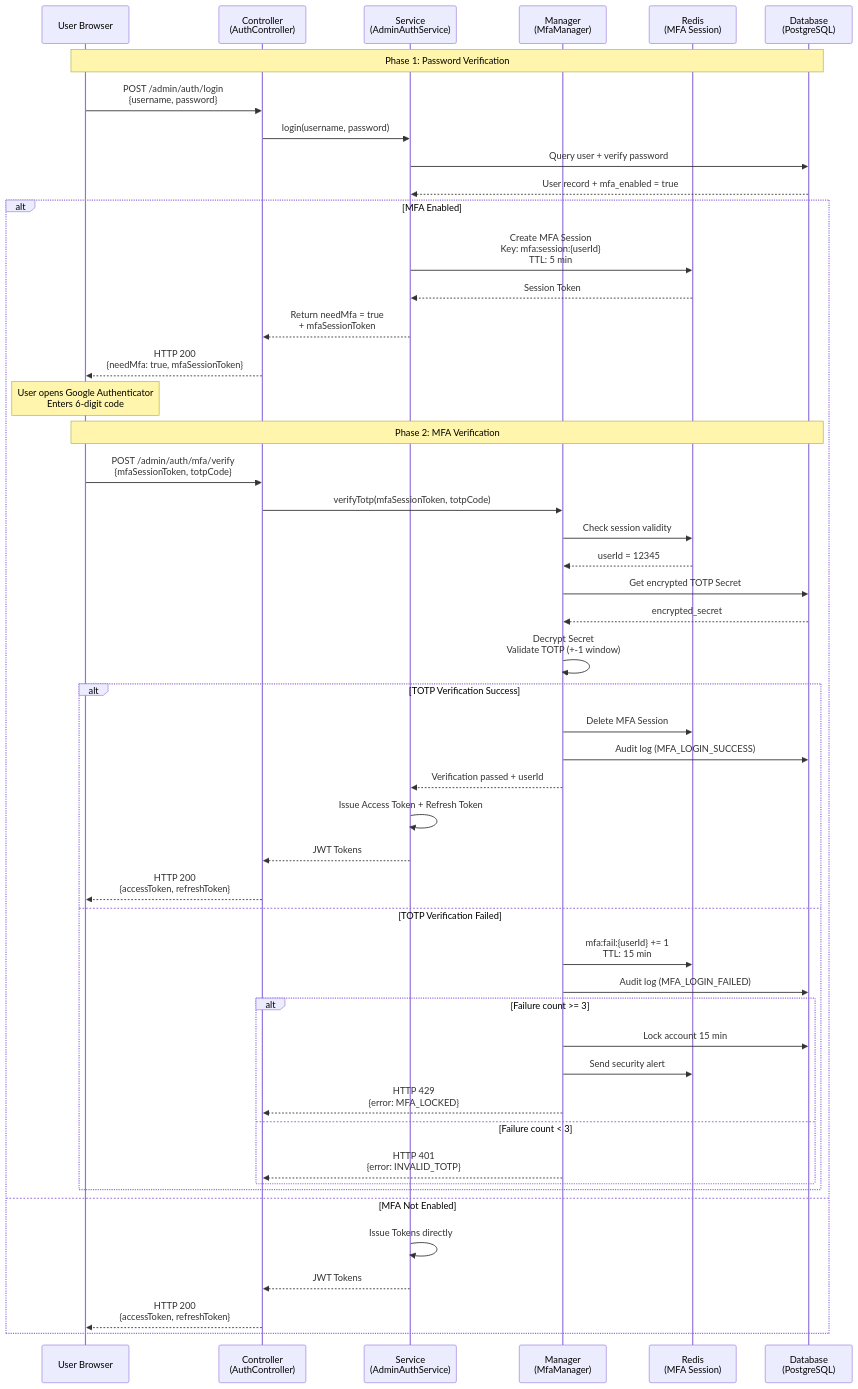
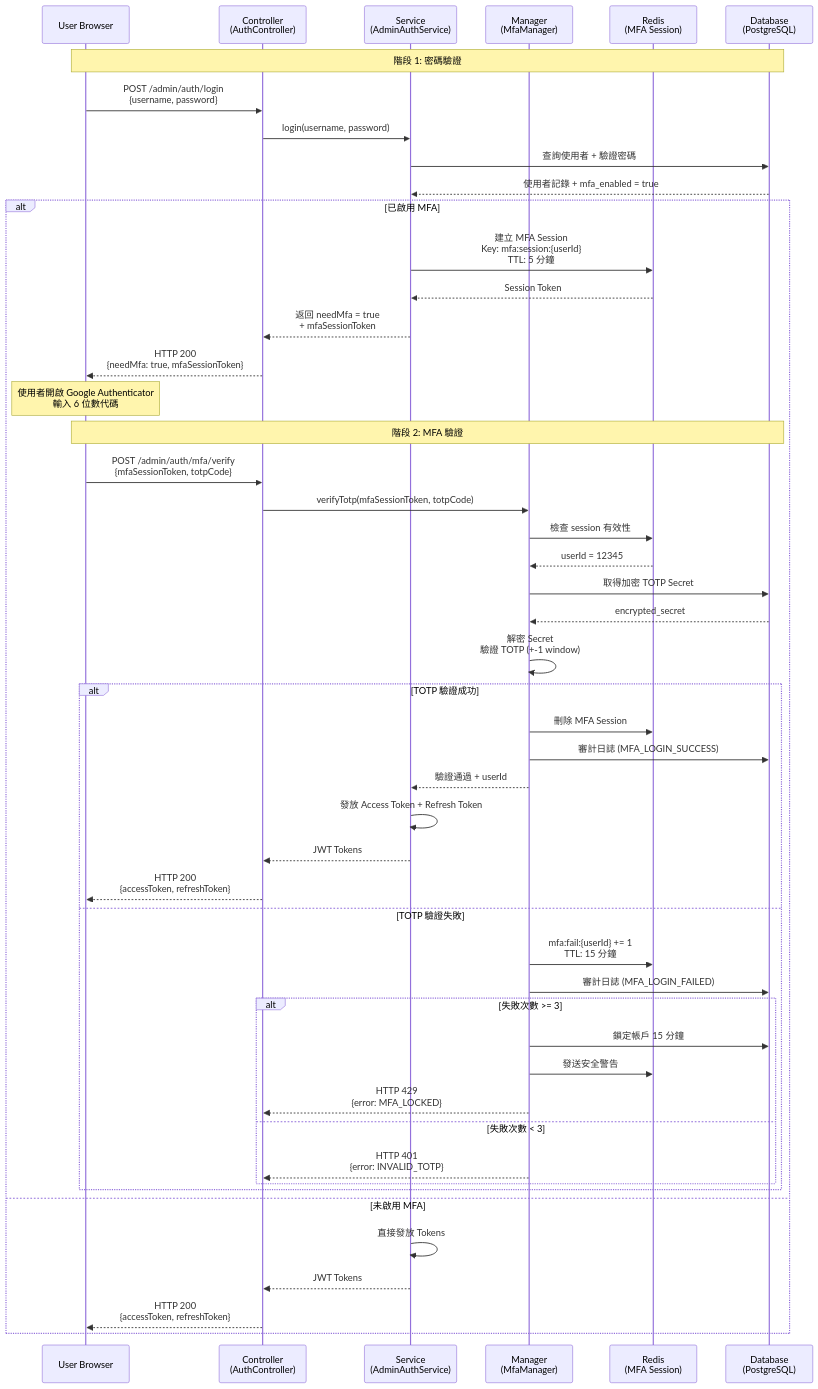
Before and after one commit to ron03wlb/smart-admin: the second of 4 diagrams in docs/iGaming/architecture/06_Platform_Core/MFA_Recovery_Implementation.md, drawn with Mermaid. The commit also changed other lines of this file and 4 other files, not shown here.

````diff
--- a/docs/iGaming/architecture/06_Platform_Core/MFA_Recovery_Implementation.md
+++ b/docs/iGaming/architecture/06_Platform_Core/MFA_Recovery_Implementation.md
@@ -47,57 +47,57 @@
 ```mermaid
 sequenceDiagram
     participant U as User Browser
     participant C as Controller<br/>(AuthController)
     participant S as Service<br/>(AdminAuthService)
     participant M as Manager<br/>(MfaManager)
     participant R as Redis<br/>(MFA Session)
     participant D as Database<br/>(PostgreSQL)
 
-    Note over U,D: Phase 1: Password Verification
+    Note over U,D: 階段 1: 密碼驗證
     U->>C: POST /admin/auth/login<br/>{username, password}
     C->>S: login(username, password)
-    S->>D: Query user + verify password
-    D-->>S: User record + mfa_enabled = true
+    S->>D: 查詢使用者 + 驗證密碼
+    D-->>S: 使用者記錄 + mfa_enabled = true
 
-    alt MFA Enabled
-        S->>R: Create MFA Session<br/>Key: mfa:session:{userId}<br/>TTL: 5 min
+    alt 已啟用 MFA
+        S->>R: 建立 MFA Session<br/>Key: mfa:session:{userId}<br/>TTL: 5 分鐘
         R-->>S: Session Token
-        S-->>C: Return needMfa = true<br/>+ mfaSessionToken
+        S-->>C: 返回 needMfa = true<br/>+ mfaSessionToken
         C-->>U: HTTP 200<br/>{needMfa: true, mfaSessionToken}
 
-        Note over U: User opens Google Authenticator<br/>Enters 6-digit code
+        Note over U: 使用者開啟 Google Authenticator<br/>輸入 6 位數代碼
 
-        Note over U,D: Phase 2: MFA Verification
+        Note over U,D: 階段 2: MFA 驗證
         U->>C: POST /admin/auth/mfa/verify<br/>{mfaSessionToken, totpCode}
         C->>M: verifyTotp(mfaSessionToken, totpCode)
-        M->>R: Check session validity
+        M->>R: 檢查 session 有效性
         R-->>M: userId = 12345
-        M->>D: Get encrypted TOTP Secret
+        M->>D: 取得加密 TOTP Secret
         D-->>M: encrypted_secret
-        M->>M: Decrypt Secret<br/>Validate TOTP (+-1 window)
+        M->>M: 解密 Secret<br/>驗證 TOTP (+-1 window)
 
-        alt TOTP Verification Success
-            M->>R: Delete MFA Session
-            M->>D: Audit log (MFA_LOGIN_SUCCESS)
-            M-->>S: Verification passed + userId
-            S->>S: Issue Access Token + Refresh Token
+        alt TOTP 驗證成功
+            M->>R: 刪除 MFA Session
+            M->>D: 審計日誌 (MFA_LOGIN_SUCCESS)
+            M-->>S: 驗證通過 + userId
+            S->>S: 發放 Access Token + Refresh Token
             S-->>C: JWT Tokens
             C-->>U: HTTP 200<br/>{accessToken, refreshToken}
-        else TOTP Verification Failed
-            M->>R: mfa:fail:{userId} += 1<br/>TTL: 15 min
-            M->>D: Audit log (MFA_LOGIN_FAILED)
+        else TOTP 驗證失敗
+            M->>R: mfa:fail:{userId} += 1<br/>TTL: 15 分鐘
+            M->>D: 審計日誌 (MFA_LOGIN_FAILED)
 
-            alt Failure count >= 3
-                M->>D: Lock account 15 min
-                M->>R: Send security alert
+            alt 失敗次數 >= 3
+                M->>D: 鎖定帳戶 15 分鐘
+                M->>R: 發送安全警告
                 M-->>C: HTTP 429<br/>{error: MFA_LOCKED}
-            else Failure count < 3
+            else 失敗次數 < 3
                 M-->>C: HTTP 401<br/>{error: INVALID_TOTP}
             end
         end
-    else MFA Not Enabled
-        S->>S: Issue Tokens directly
+    else 未啟用 MFA
+        S->>S: 直接發放 Tokens
         S-->>C: JWT Tokens
         C-->>U: HTTP 200<br/>{accessToken, refreshToken}
     end
 ```
````
